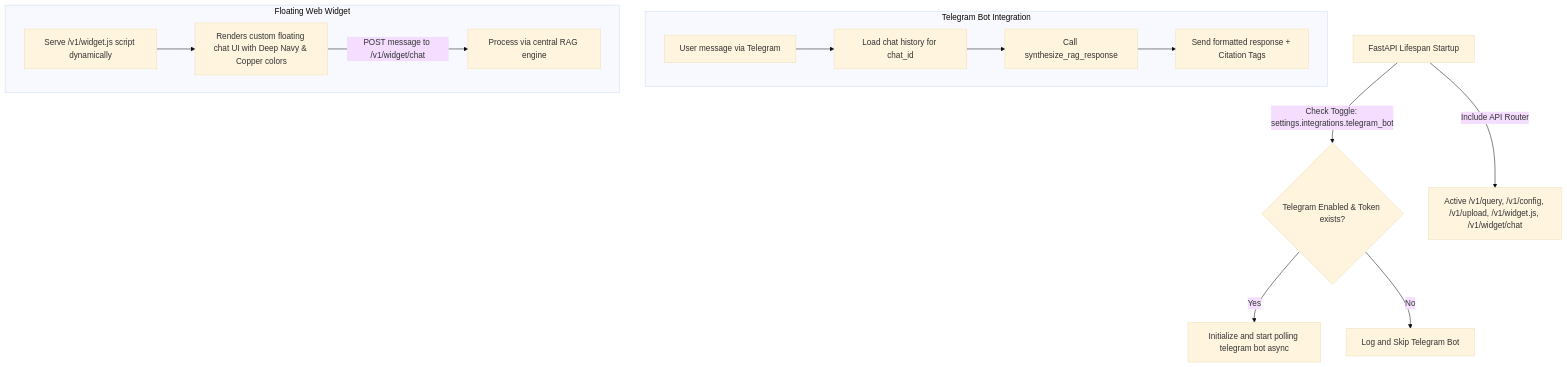
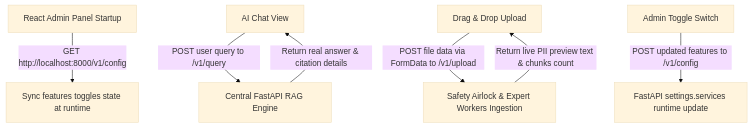
One commit to Irene-03/ArioNex changed the diagram in reports/implementation_plan.md. Above: the diagram before and after it, drawn with Mermaid (base theme). The commit also changed other lines of this file and 3 other files, not shown here.

Commit message:
feat(frontend): integrate live API endpoints with premium React UI and build production assets

````diff
--- a/reports/implementation_plan.md
+++ b/reports/implementation_plan.md
@@ -29,19 +29,12 @@
 ```mermaid
 flowchart TD
-    FastAPI_App[FastAPI Lifespan Startup] --> |"Check Toggle: settings.integrations.telegram_bot"| TG_Init{Telegram Enabled & Token exists?}
-    TG_Init --> |Yes| TG_Start[Initialize and start polling telegram bot async]
-    TG_Init --> |No| TG_Skip[Log and Skip Telegram Bot]
+    React_App[React Admin Panel Startup] --> |"GET http://localhost:8000/v1/config"| Load_Config[Sync features toggles state at runtime]
     
-    FastAPI_App --> |"Include API Router"| REST_Endpoints[Active /v1/query, /v1/config, /v1/upload, /v1/widget.js, /v1/widget/chat]
+    React_Chat[AI Chat View] --> |"POST user query to /v1/query"| Central_RAG[Central FastAPI RAG Engine]
+    Central_RAG --> |"Return real answer & citation details"| React_Chat
     
-    subgraph Telegram_Bot_Service [Telegram Bot Integration]
-        TG_Msg[User message via Telegram] --> TG_Session[Load chat history for chat_id]
-        TG_Session --> TG_RAG[Call synthesize_rag_response]
-        TG_RAG --> TG_Reply[Send formatted response + Citation Tags]
-    end
+    React_Upload[Drag & Drop Upload] --> |"POST file data via FormData to /v1/upload"| Ingestion_Router[Safety Airlock & Expert Workers Ingestion]
+    Ingestion_Router --> |"Return live PII preview text & chunks count"| React_Upload
     
-    subgraph Web_Widget_Service [Floating Web Widget]
-        Widget_Script[Serve /v1/widget.js script dynamically] --> Widget_UI[Renders custom floating chat UI with Deep Navy & Copper colors]
-        Widget_UI --> |"POST message to /v1/widget/chat"| Widget_Endpoint[Process via central RAG engine]
-    end
+    React_Admin[Admin Toggle Switch] --> |"POST updated features to /v1/config"| Config_Manager[FastAPI settings.services runtime update]
 ```
````
